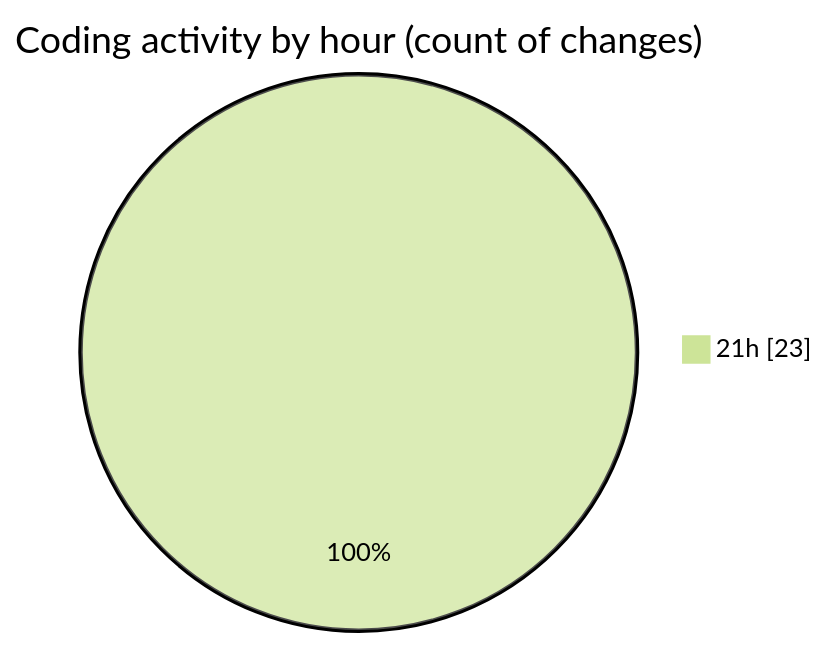
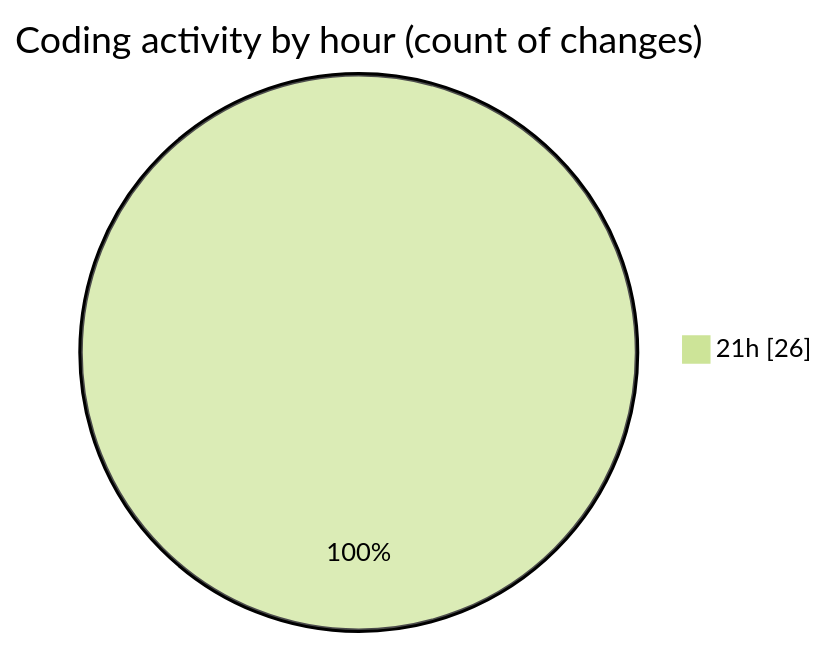
One commit to hasnaa123/code-tracking changed the second of 2 diagrams in 2026-04-09/chat_server/README.md. Above: the diagram before and after it, drawn with Mermaid (forest theme). The commit also changed other lines of this file and 1 other file, not shown here.

````diff
--- a/2026-04-09/chat_server/README.md
+++ b/2026-04-09/chat_server/README.md
@@ -30,5 +30,5 @@
 ```mermaid
 pie showData
 title Coding activity by hour (count of changes)
-"21h" : 23
+"21h" : 26
 ```
````
